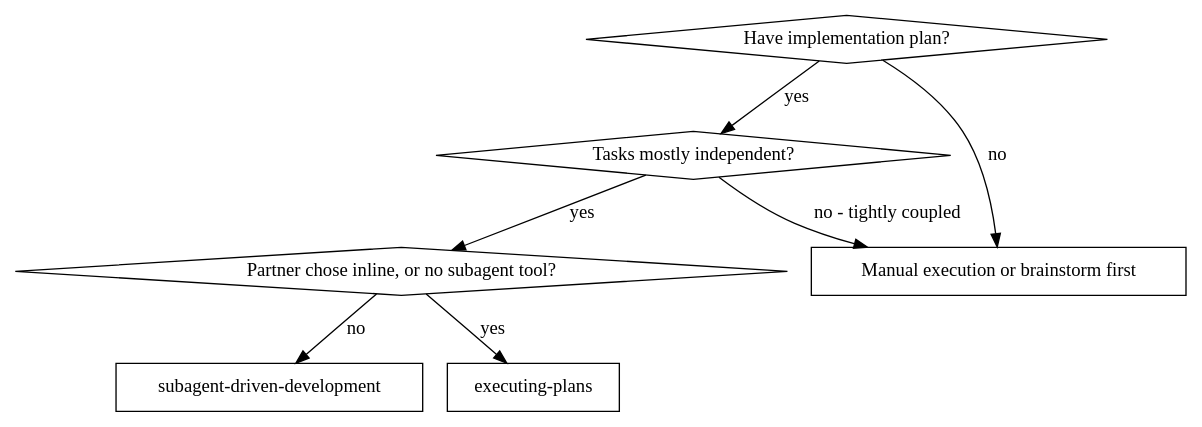
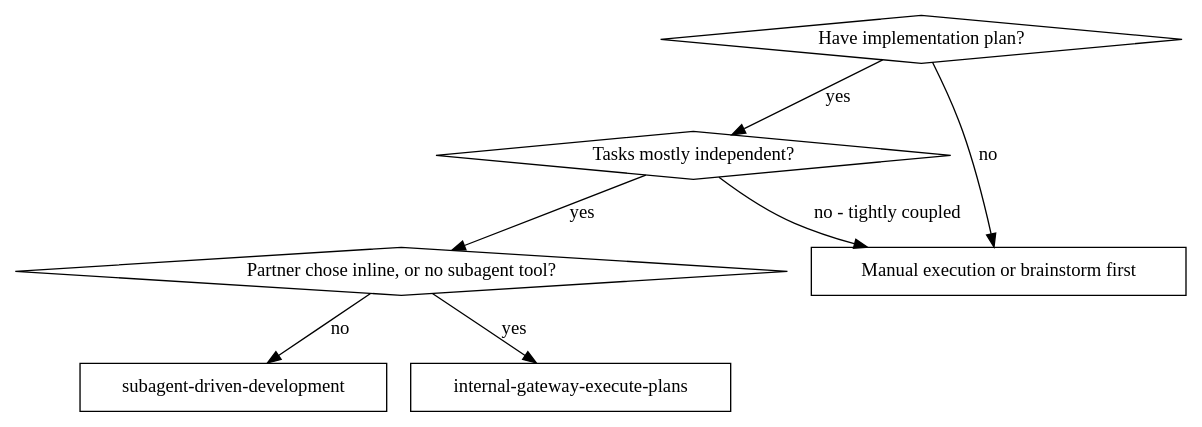
The first of 2 diagrams in .github/skills/superpowers-subagent-driven-development/SKILL.md (pagopa/cloud-strategy.github), drawn with Graphviz before and after one commit. The commit also changed other lines of this file and 5 other files, not shown here.

````diff
--- a/.github/skills/superpowers-subagent-driven-development/SKILL.md
+++ b/.github/skills/superpowers-subagent-driven-development/SKILL.md
@@ -35,17 +35,17 @@
 ```dot
 digraph when_to_use {
     "Have implementation plan?" [shape=diamond];
     "Tasks mostly independent?" [shape=diamond];
     "Partner chose inline, or no subagent tool?" [shape=diamond];
     "subagent-driven-development" [shape=box];
-    "executing-plans" [shape=box];
+    "internal-gateway-execute-plans" [shape=box];
     "Manual execution or brainstorm first" [shape=box];
 
     "Have implementation plan?" -> "Tasks mostly independent?" [label="yes"];
     "Have implementation plan?" -> "Manual execution or brainstorm first" [label="no"];
     "Tasks mostly independent?" -> "Partner chose inline, or no subagent tool?" [label="yes"];
     "Tasks mostly independent?" -> "Manual execution or brainstorm first" [label="no - tightly coupled"];
-    "Partner chose inline, or no subagent tool?" -> "executing-plans" [label="yes"];
+    "Partner chose inline, or no subagent tool?" -> "internal-gateway-execute-plans" [label="yes"];
     "Partner chose inline, or no subagent tool?" -> "subagent-driven-development" [label="no"];
 }
 ```
````
